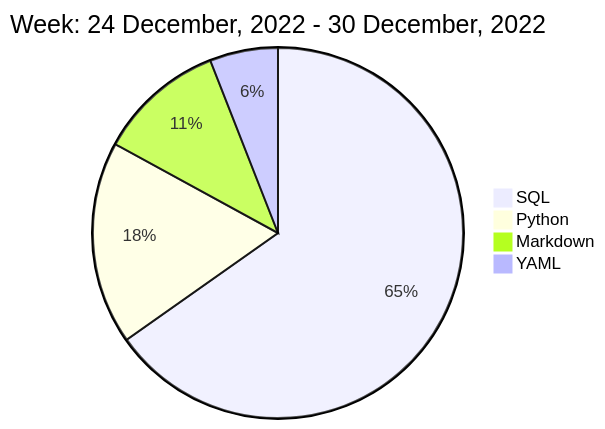
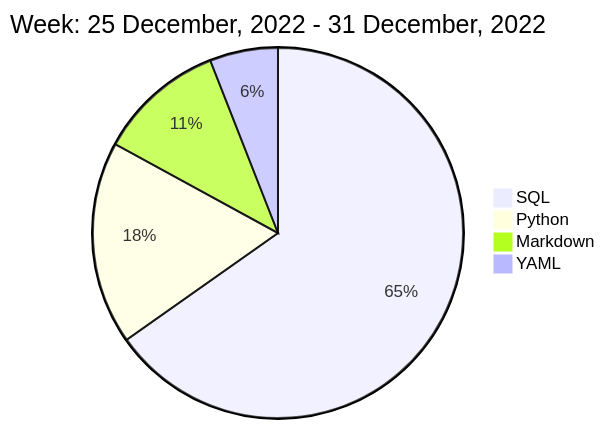
One commit to liubin95/liubin95 changed the diagram in README.md. Above: the diagram before and after it, drawn with Mermaid.

Commit message:
Updated the Graph with new Metrics

````diff
--- a/README.md
+++ b/README.md
@@ -40,8 +40,8 @@
 ```mermaid
  pie
-title Week: 24 December, 2022 - 30 December, 2022
+title Week: 25 December, 2022 - 31 December, 2022
  "SQL" : 5.7
  "Python" : 1.55
  "Markdown" : 0.97
  "YAML" : 0.52
 ```
````
